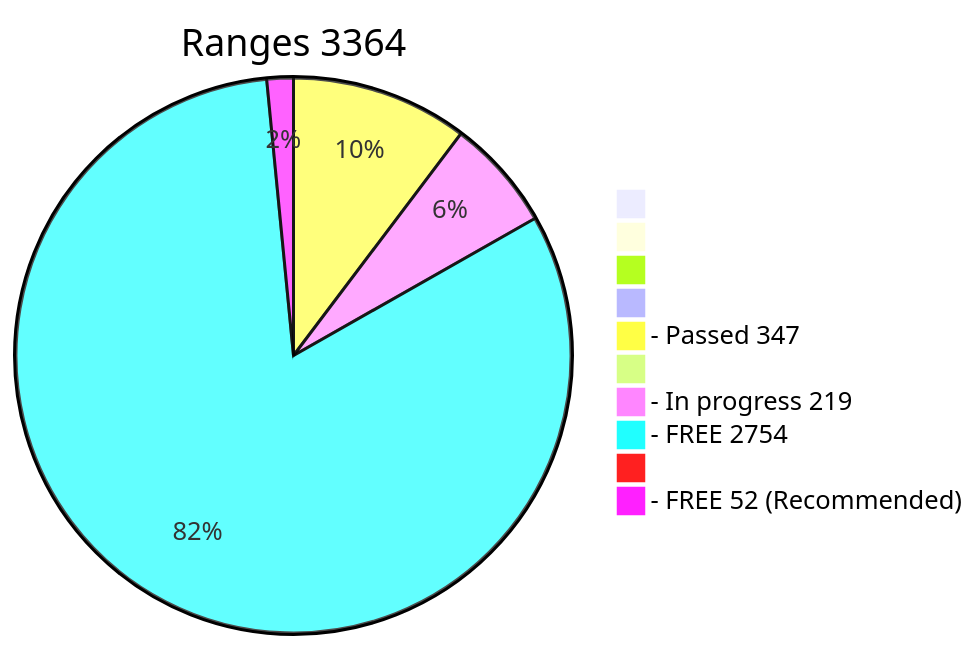
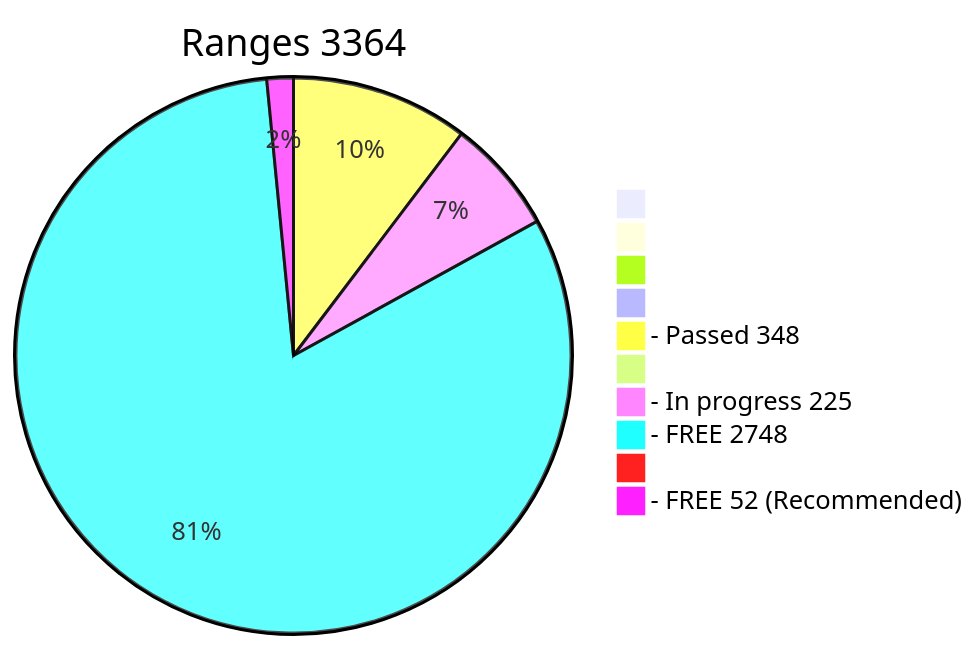
The diagram in x64/Release/table.md (phrutis/wif500), drawn with Mermaid before and after one commit. The commit also changed other lines of this file, not shown here.

````diff
--- a/x64/Release/table.md
+++ b/x64/Release/table.md
@@ -2,13 +2,13 @@
 ```mermaid
 pie title Ranges 3364
   " " : 0
   "  " : 0
   "   " : 0
   "    " : 0
-  "- Passed 347" : 347
+  "- Passed 348" : 348
   "     " : 0
-  "- In progress 219" : 219
-  "- FREE 2754" : 2754
+  "- In progress 225" : 225
+  "- FREE 2748" : 2748
   "      " : 0
   "- FREE 52 (Recommended)" : 52
 ```
````
